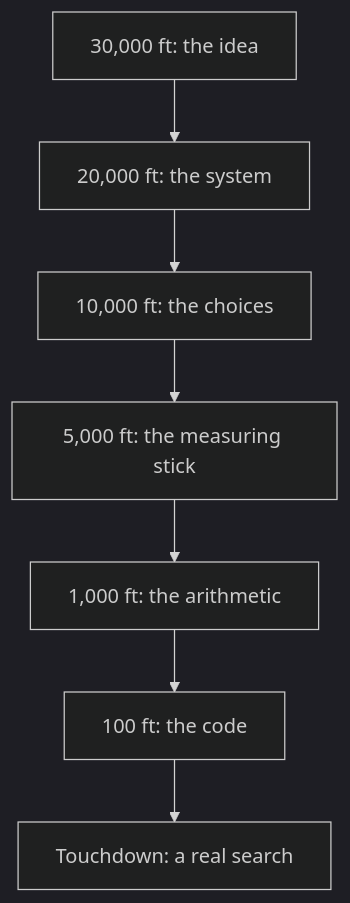
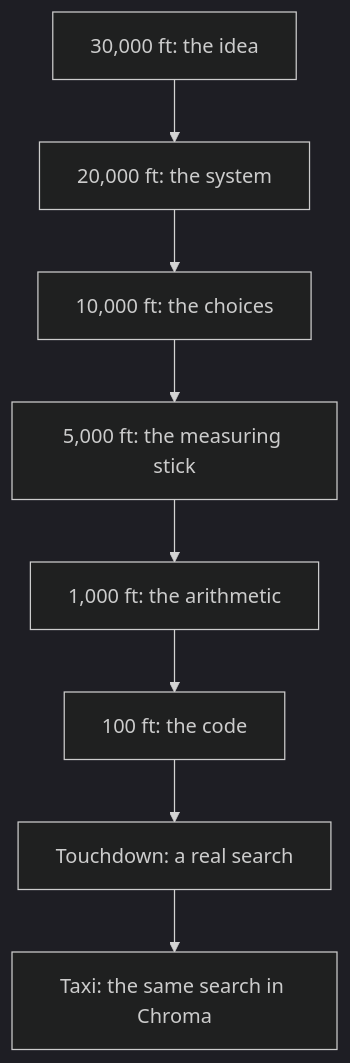
The first of 9 diagrams in course3/module1/tutorials/03-flight-plan-30000-ft-to-touchdown.md (Thommans-Playground/coursera-IBM-RAG-Agentic-AI-Professional-Certificate), drawn with Mermaid (dark theme) before and after one commit. The commit also changed other lines of this file and 6 other files, not shown here.

````diff
--- a/course3/module1/tutorials/03-flight-plan-30000-ft-to-touchdown.md
+++ b/course3/module1/tutorials/03-flight-plan-30000-ft-to-touchdown.md
@@ -11,9 +11,10 @@
 ```mermaid
 flowchart TD
     A["30,000 ft: the idea"] --> B["20,000 ft: the system"]
     B --> C["10,000 ft: the choices"]
     C --> D["5,000 ft: the measuring stick"]
     D --> E["1,000 ft: the arithmetic"]
     E --> F["100 ft: the code"]
     F --> G["Touchdown: a real search"]
+    G --> H["Taxi: the same search in Chroma"]
 ```
````
